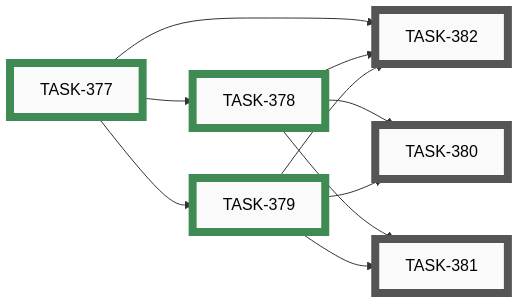
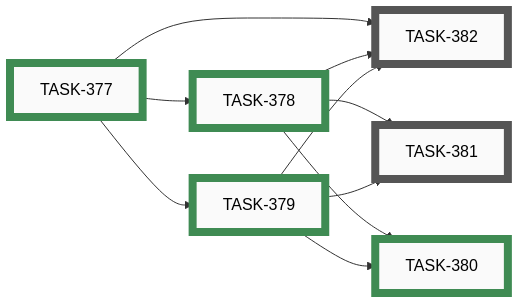
Before and after one commit to tgd1975/AwesomeGuitarPedal: the ninth of 11 diagrams in docs/developers/tasks/EPICS.md, drawn with Mermaid. The commit also changed other lines of this file and 13 other files, not shown here.

First line of the commit message:
close TASK-380: ESP32 firmware resolves named pin refs (EPIC-029)

````diff
--- a/docs/developers/tasks/EPICS.md
+++ b/docs/developers/tasks/EPICS.md
@@ -305,32 +305,32 @@
 ```mermaid
 graph LR
-    TASK_380["TASK-380"]:::open
     TASK_381["TASK-381"]:::open
     TASK_382["TASK-382"]:::open
     TASK_377["TASK-377"]:::closed
     TASK_378["TASK-378"]:::closed
     TASK_379["TASK-379"]:::closed
-    TASK_378 --> TASK_380
-    TASK_379 --> TASK_380
+    TASK_380["TASK-380"]:::closed
     TASK_378 --> TASK_381
     TASK_379 --> TASK_381
     TASK_377 --> TASK_382
     TASK_378 --> TASK_382
     TASK_379 --> TASK_382
     TASK_377 --> TASK_378
     TASK_377 --> TASK_379
-    click TASK_380 "open/task-380-esp32-resolve-named-pins-at-config-load.md"
+    TASK_378 --> TASK_380
+    TASK_379 --> TASK_380
     click TASK_381 "open/task-381-configurator-named-pin-ux-autocomplete-validation-warning.md"
     click TASK_382 "open/task-382-named-pins-builder-docs-and-github-addition-process.md"
     click TASK_377 "closed/task-377-define-v1-standard-pin-name-set.md"
     click TASK_378 "closed/task-378-hardware-config-pinnames-mapping.md"
     click TASK_379 "closed/task-379-profile-schema-accept-named-pin-references.md"
+    click TASK_380 "closed/task-380-esp32-resolve-named-pins-at-config-load.md"
     classDef open    fill:#FAFAFA,stroke:#555,stroke-width:8px,color:#000
     classDef active  fill:#FAFAFA,stroke:#1A6FA8,stroke-width:8px,color:#000
     classDef closed  fill:#FAFAFA,stroke:#3F8B53,stroke-width:8px,color:#000
     classDef paused  fill:#FAFAFA,stroke:#B07810,stroke-width:8px,color:#000
     classDef openExt    fill:#000,stroke:#888,stroke-width:8px,color:#FFF
     classDef activeExt  fill:#000,stroke:#3FA9F5,stroke-width:8px,color:#FFF
     classDef closedExt  fill:#000,stroke:#7CC68A,stroke-width:8px,color:#FFF
     classDef pausedExt  fill:#000,stroke:#F0B030,stroke-width:8px,color:#FFF
 ```
````
